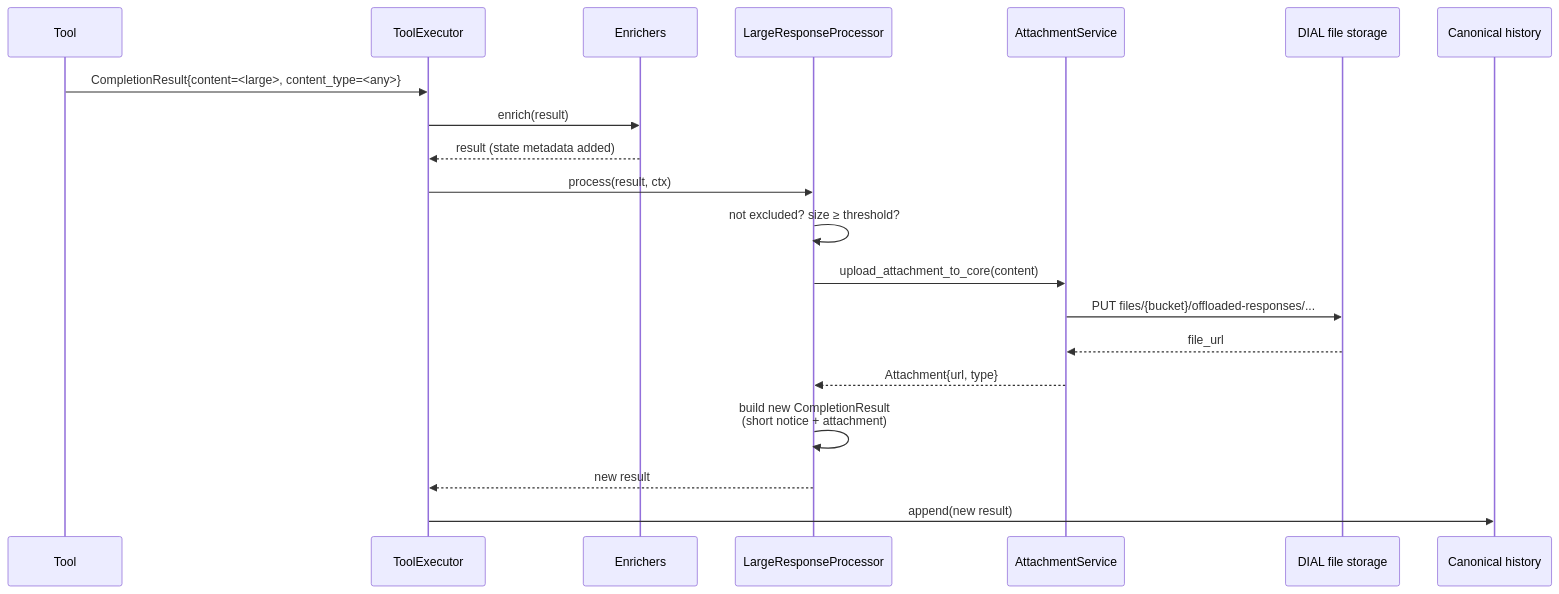
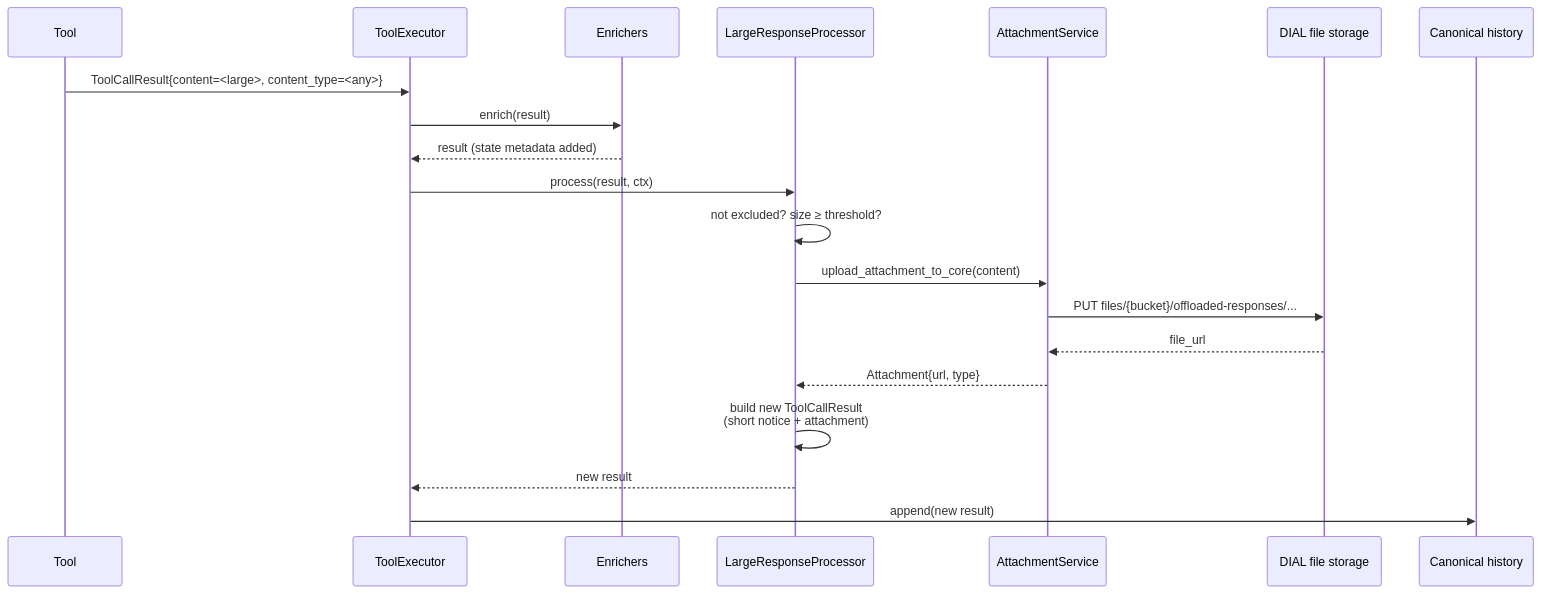
One commit to epam/ai-dial-quickapps-backend changed the third of 4 diagrams in docs/designs/large_tool_responses.md. Above: the diagram before and after it, drawn with Mermaid. The commit also changed other lines of this file, not shown here.

First line of the commit message:
docs: update design for ToolCallResult rename and tool set decisions #64

````diff
--- a/docs/designs/large_tool_responses.md
+++ b/docs/designs/large_tool_responses.md
@@ -244,23 +243,23 @@
 ```mermaid
 sequenceDiagram
     participant Tool
     participant TE as ToolExecutor
     participant Enr as Enrichers
     participant LRP as LargeResponseProcessor
     participant AS as AttachmentService
     participant DIAL as DIAL file storage
     participant Hist as Canonical history
 
-    Tool->>TE: CompletionResult{content=<large>, content_type=<any>}
+    Tool->>TE: ToolCallResult{content=<large>, content_type=<any>}
     TE->>Enr: enrich(result)
     Enr-->>TE: result (state metadata added)
     TE->>LRP: process(result, ctx)
     LRP->>LRP: not excluded? size ≥ threshold?
     LRP->>AS: upload_attachment_to_core(content)
     AS->>DIAL: PUT files/{bucket}/offloaded-responses/...
     DIAL-->>AS: file_url
     AS-->>LRP: Attachment{url, type}
-    LRP->>LRP: build new CompletionResult<br/>(short notice + attachment)
+    LRP->>LRP: build new ToolCallResult<br/>(short notice + attachment)
     LRP-->>TE: new result
     TE->>Hist: append(new result)
 ```
````
